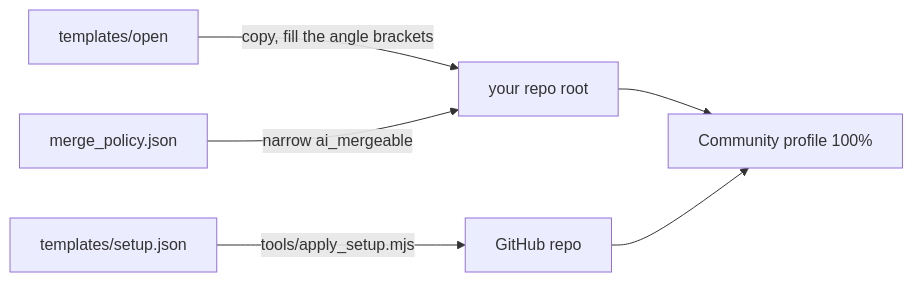
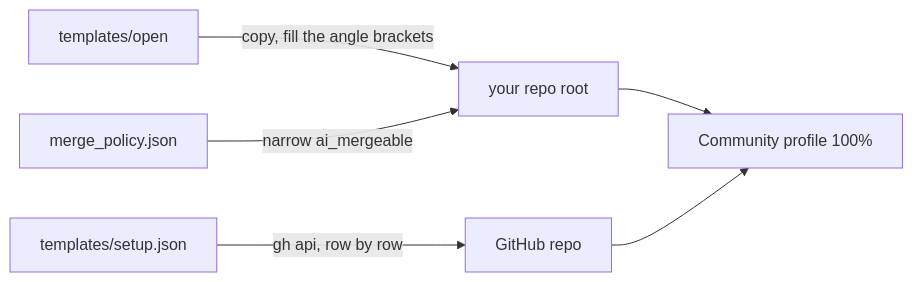
Before and after one commit to SoulCraft-Org/git-crafter: the diagram in templates/open/README.md, drawn with Mermaid. The commit also changed other lines of this file and 11 other files, not shown here.

First line of the commit message:
Setup list only: setup.json one row per line, applied with gh api

````diff
--- a/templates/open/README.md
+++ b/templates/open/README.md
@@ -5,8 +5,8 @@
 ```mermaid
 flowchart LR
   T[templates/open] -->|copy, fill the angle brackets| R[your repo root]
   P[merge_policy.json] -->|narrow ai_mergeable| R
-  S[templates/setup.json] -->|tools/apply_setup.mjs| G[GitHub repo]
+  S[templates/setup.json] -->|gh api, row by row| G[GitHub repo]
   R --> C[Community profile 100%]
   G --> C
 ```
````
